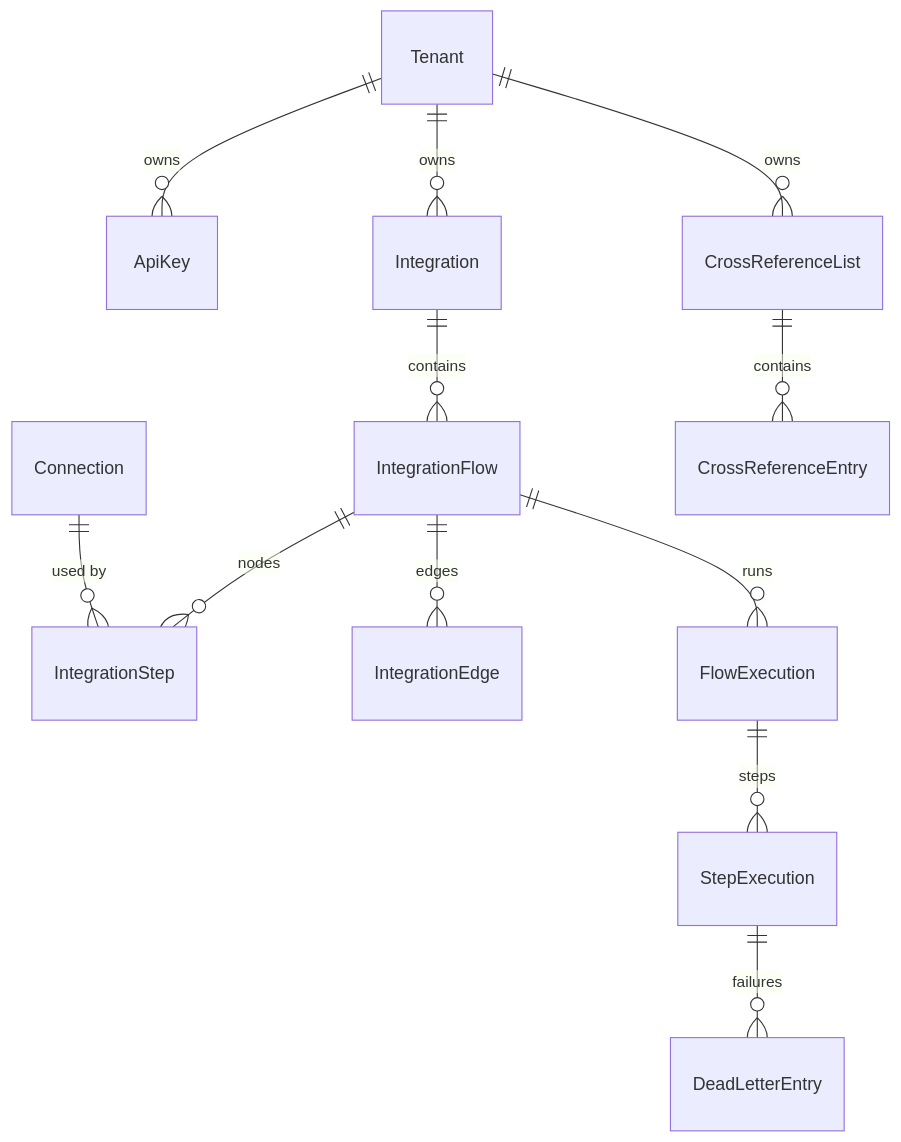
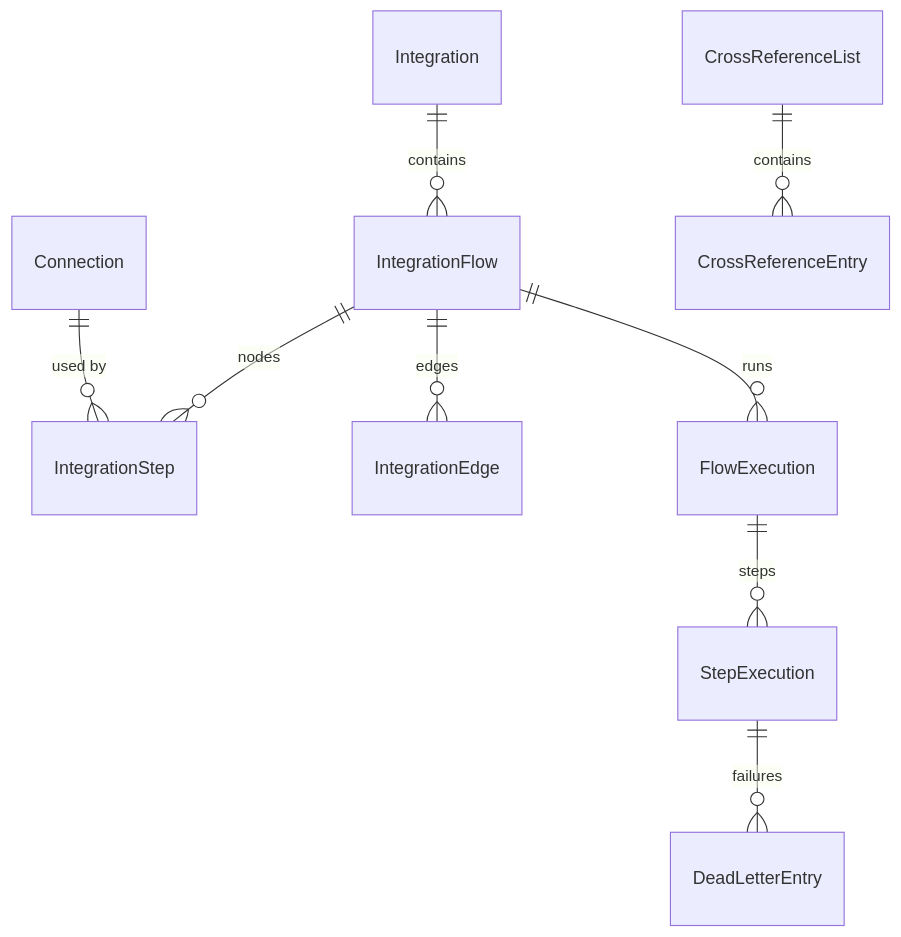
The second of 2 diagrams in architecture/solution-architecture.md (Furqan12345/fintegrator), drawn with Mermaid before and after one commit. The commit also changed other lines of this file and 25 other files, not shown here.

````diff
--- a/architecture/solution-architecture.md
+++ b/architecture/solution-architecture.md
@@ -123,14 +123,11 @@
 ```mermaid
 erDiagram
-    Tenant ||--o{ ApiKey : owns
-    Tenant ||--o{ Integration : owns
     Integration ||--o{ IntegrationFlow : contains
     IntegrationFlow ||--o{ IntegrationStep : nodes
     IntegrationFlow ||--o{ IntegrationEdge : edges
     IntegrationFlow ||--o{ FlowExecution : runs
     FlowExecution ||--o{ StepExecution : steps
     StepExecution ||--o{ DeadLetterEntry : failures
     Connection ||--o{ IntegrationStep : "used by"
-    Tenant ||--o{ CrossReferenceList : owns
     CrossReferenceList ||--o{ CrossReferenceEntry : contains
 ```
````
